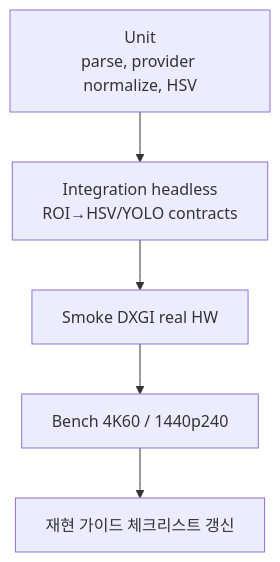
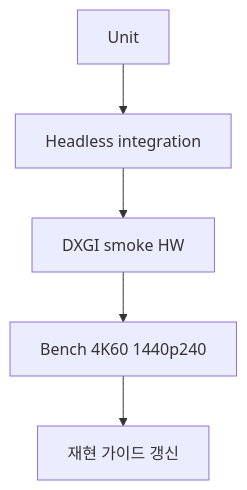
The eighth of 8 diagrams in 설계안.md (NAMUORI00/display-share), drawn with Mermaid before and after one commit. The commit also changed other lines of this file and 25 other files, not shown here.

First line of the commit message:
docs(wiki): complete pages for current privacy/DXGI architecture

````diff
--- a/설계안.md
+++ b/설계안.md
@@ -204,7 +159,7 @@
 ```mermaid
 flowchart TB
-  U["Unit<br/>parse, provider normalize, HSV"] --> I["Integration headless<br/>ROI→HSV/YOLO contracts"]
-  I --> S["Smoke DXGI real HW"]
-  S --> B["Bench 4K60 / 1440p240"]
-  B --> R["재현 가이드 체크리스트 갱신"]
+  U[Unit] --> I[Headless integration]
+  I --> S[DXGI smoke HW]
+  S --> B[Bench 4K60 1440p240]
+  B --> R[재현 가이드 갱신]
 ```
````
